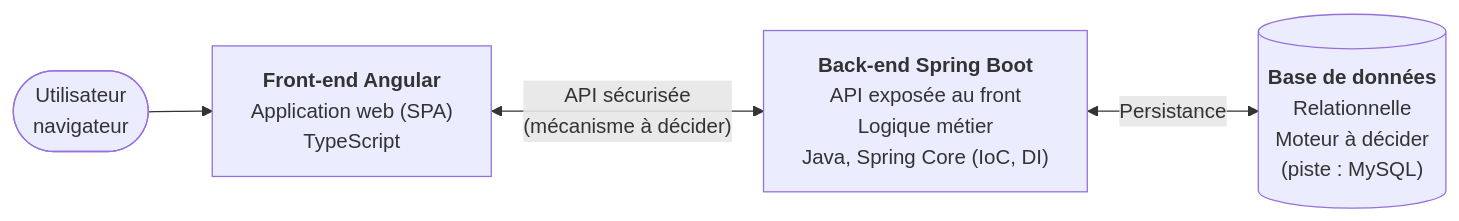
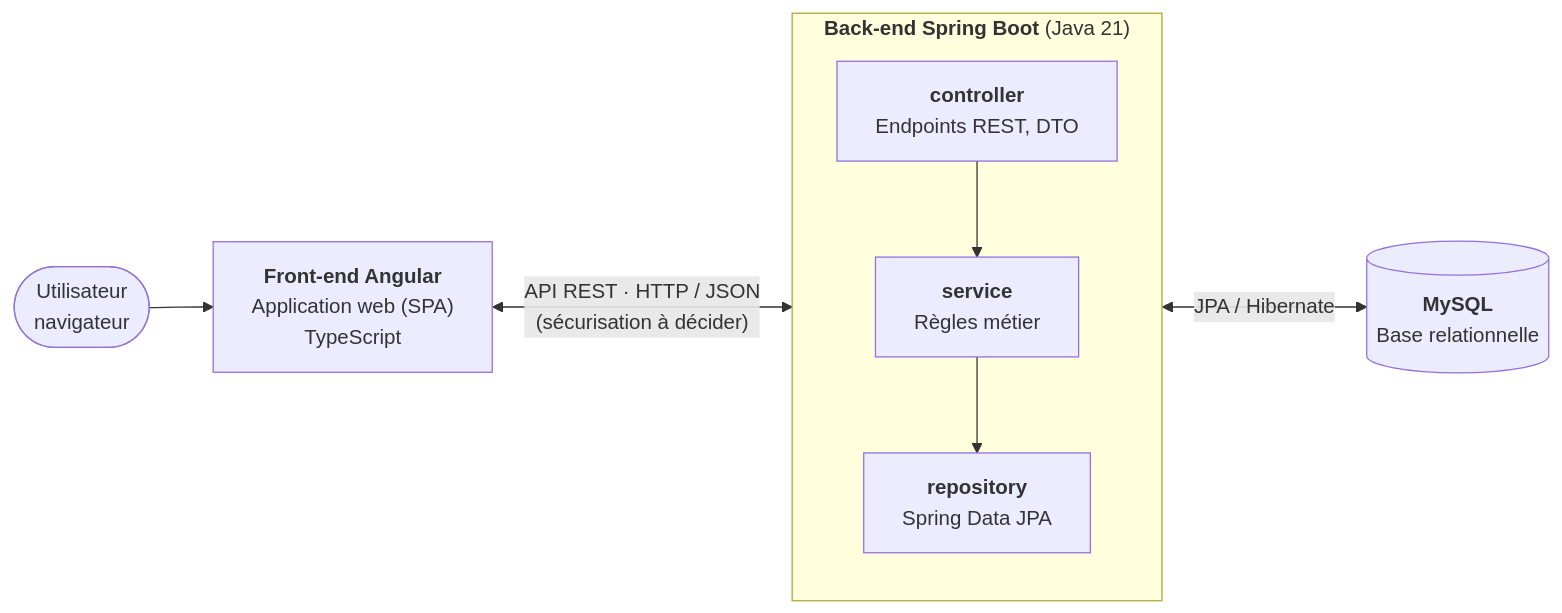
The diagram in JUSTIFICATION_CHOIX_TECHNIQUES.md (BenLen0826/openclassroom_projet_5), drawn with Mermaid before and after one commit. The commit also changed other lines of this file, not shown here.

Commit message:
PROJET : doc - architecture, base de données et accès aux données

````diff
--- a/JUSTIFICATION_CHOIX_TECHNIQUES.md
+++ b/JUSTIFICATION_CHOIX_TECHNIQUES.md
@@ -61,9 +61,15 @@
 ```mermaid
 flowchart LR
     U([Utilisateur<br/>navigateur]) --> F
     F["<b>Front-end Angular</b><br/>Application web (SPA)<br/>TypeScript"]
-    B["<b>Back-end Spring Boot</b><br/>API exposée au front<br/>Logique métier<br/>Java, Spring Core (IoC, DI)"]
-    D[("<b>Base de données</b><br/>Relationnelle<br/>Moteur à décider<br/>(piste : MySQL)")]
-    F <-- "API sécurisée<br/>(mécanisme à décider)" --> B
-    B <-- "Persistance" --> D
+    subgraph B["<b>Back-end Spring Boot</b> (Java 21)"]
+        direction TB
+        C["<b>controller</b><br/>Endpoints REST, DTO"]
+        S["<b>service</b><br/>Règles métier"]
+        R["<b>repository</b><br/>Spring Data JPA"]
+        C --> S --> R
+    end
+    D[("<b>MySQL</b><br/>Base relationnelle")]
+    F <-- "API REST · HTTP / JSON<br/>(sécurisation à décider)" --> C
+    R <-- "JPA / Hibernate" --> D
 ```
````
